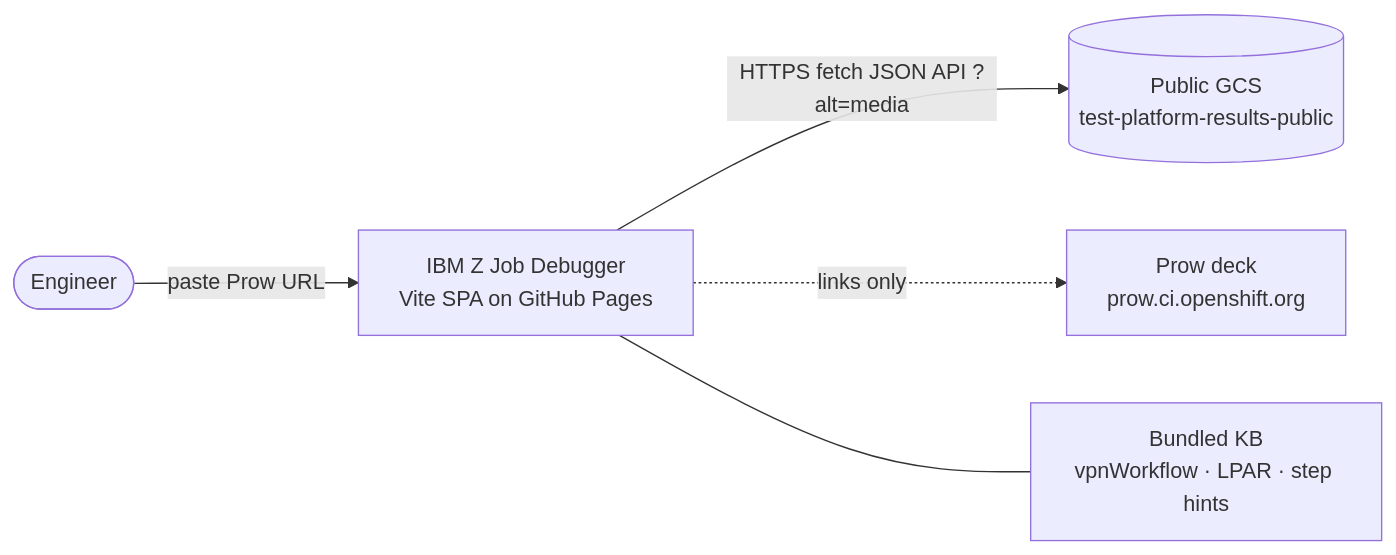
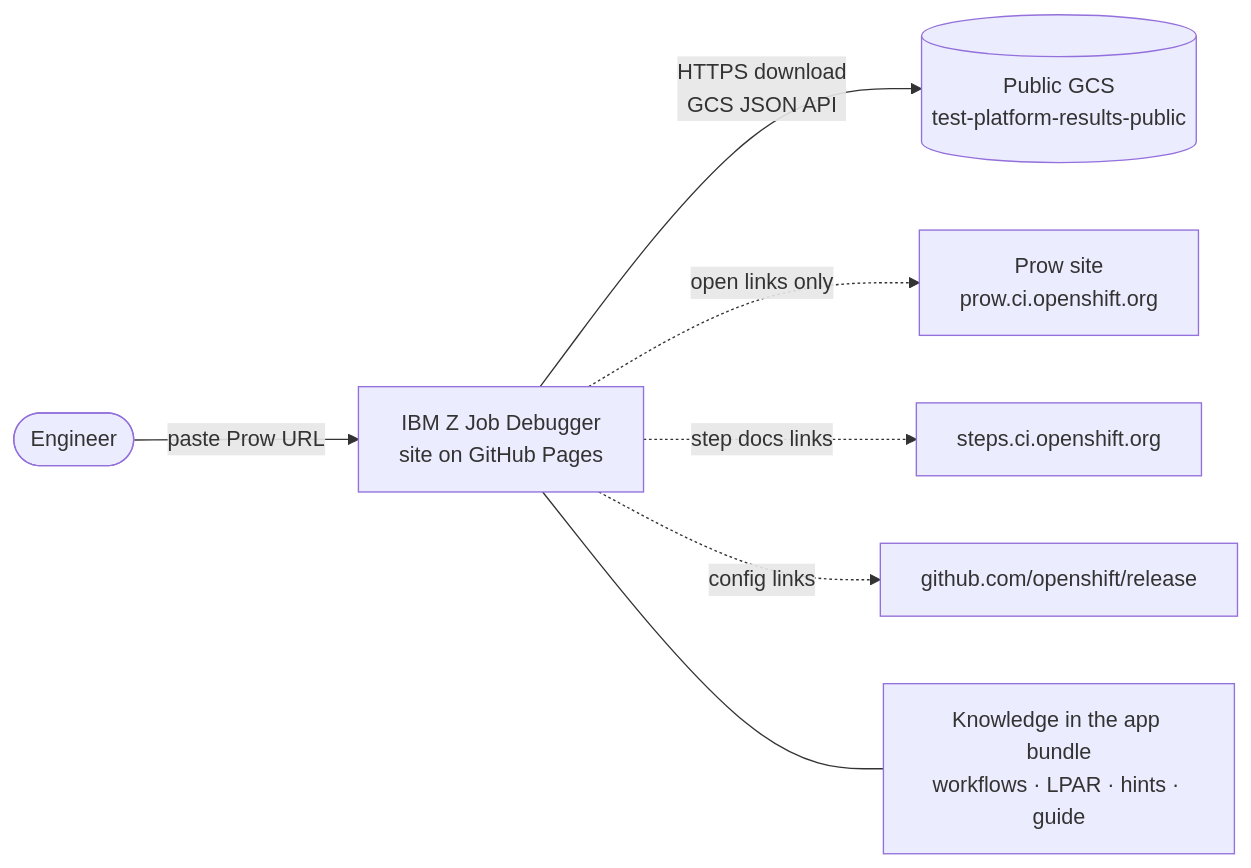
The third of 17 diagrams in ARCHITECTURE.md (ibm-adarsh/ci-analyzer), drawn with Mermaid before and after one commit. The commit also changed other lines of this file and 7 other files, not shown here.

First line of the commit message:
Document architecture in plain language and cover inventory workflow analysis.

````diff
--- a/ARCHITECTURE.md
+++ b/ARCHITECTURE.md
@@ -11,7 +145,9 @@
 ```mermaid
 flowchart LR
-  User([Engineer]) -->|paste Prow URL| App[IBM Z Job Debugger<br/>Vite SPA on GitHub Pages]
-  App -->|HTTPS fetch JSON API ?alt=media| GCS[(Public GCS<br/>test-platform-results-public)]
-  App -.->|links only| Prow[Prow deck<br/>prow.ci.openshift.org]
-  App --- Static[Bundled KB<br/>vpnWorkflow · LPAR · step hints]
+  User([Engineer]) -->|paste Prow URL| App[IBM Z Job Debugger<br/>site on GitHub Pages]
+  App -->|HTTPS download<br/>GCS JSON API| GCS[(Public GCS<br/>test-platform-results-public)]
+  App -.->|open links only| Prow[Prow site<br/>prow.ci.openshift.org]
+  App -.->|step docs links| StepsCI[steps.ci.openshift.org]
+  App -.->|config links| ReleaseGH[github.com/openshift/release]
+  App --- Static[Knowledge in the app bundle<br/>workflows · LPAR · hints · guide]
 ```
````
